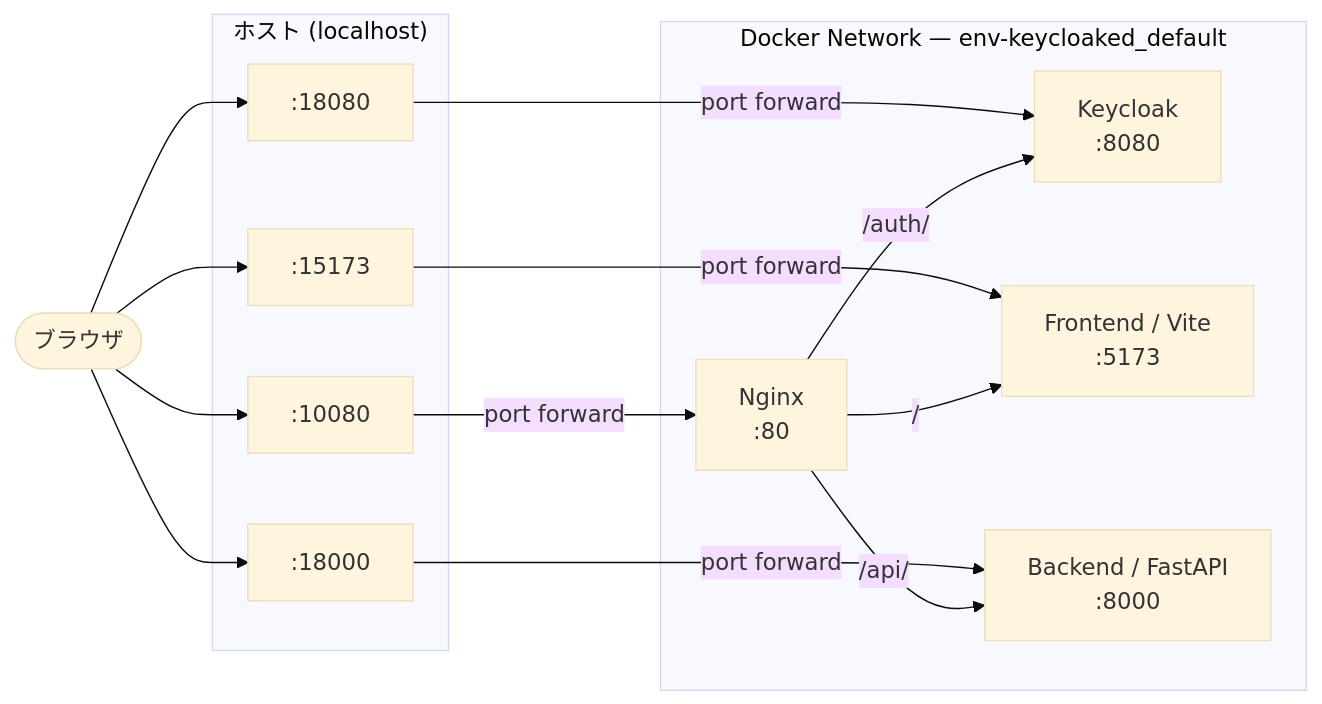
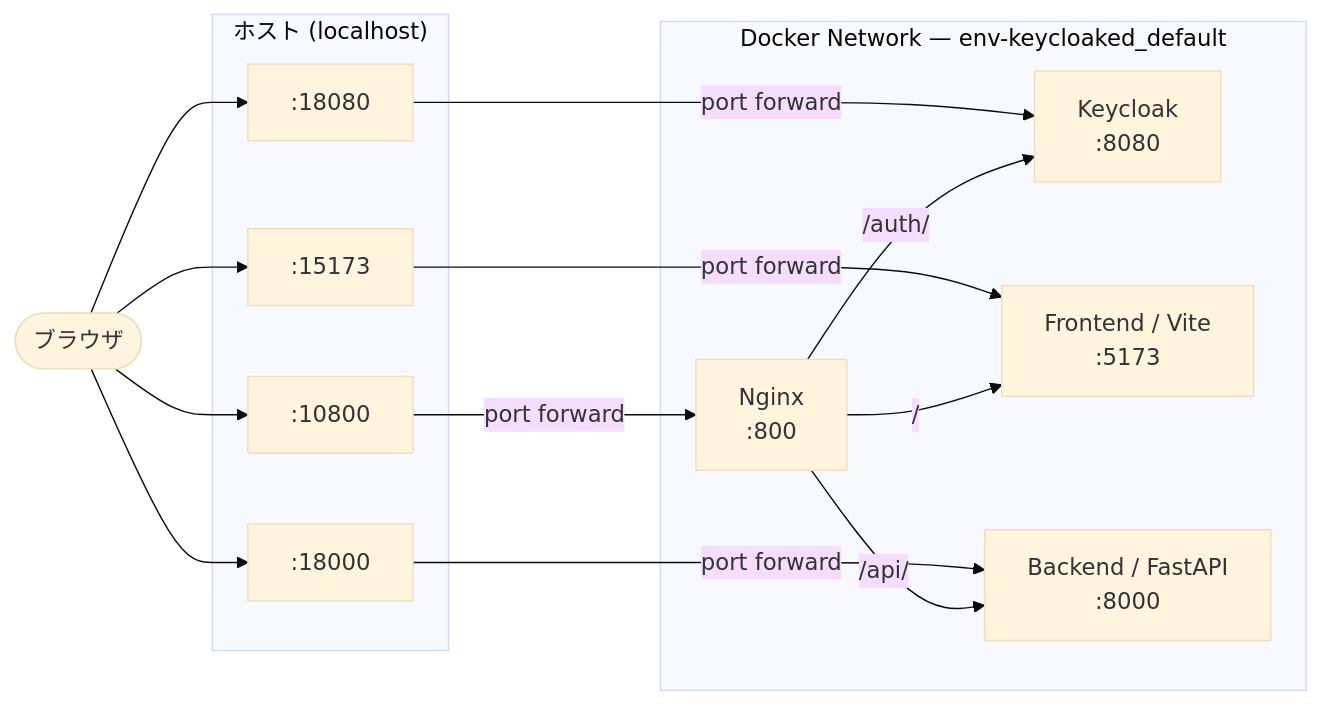
The diagram in README.md (makoto-udemy/env-keycloaked), drawn with Mermaid (base theme) before and after one commit. The commit also changed other lines of this file and 5 other files, not shown here.

````diff
--- a/README.md
+++ b/README.md
@@ -23,29 +23,29 @@
 ```mermaid
 graph LR
   Browser(["ブラウザ"])
 
   subgraph Host["ホスト (localhost)"]
-    H1[":10080"]
+    H1[":10800"]
     H2[":18080"]
     H3[":15173"]
     H4[":18000"]
   end
 
   subgraph Network["Docker Network — env-keycloaked_default"]
-    Nginx["Nginx\n:80"]
+    Nginx["Nginx\n:800"]
     Keycloak["Keycloak\n:8080"]
     Frontend["Frontend / Vite\n:5173"]
     Backend["Backend / FastAPI\n:8000"]
   end
 
   Browser --> H1 & H2 & H3 & H4
 
   H1 -->|"port forward"| Nginx
   H2 -->|"port forward"| Keycloak
   H3 -->|"port forward"| Frontend
   H4 -->|"port forward"| Backend
 
   Nginx -->|"/"| Frontend
   Nginx -->|"/api/"| Backend
   Nginx -->|"/auth/"| Keycloak
 ```
````
